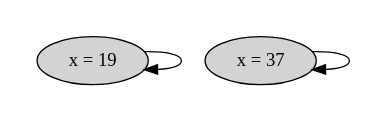
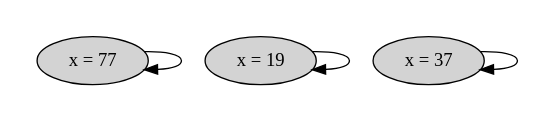
Before and after one commit to will62794/tla-web: the diagram in specs/with_state_graphs/simple_recursive.tla.dot, drawn with Graphviz. The commit also changed 2 other files, not shown here.

```diff
--- a/specs/with_state_graphs/simple_recursive.tla.dot
+++ b/specs/with_state_graphs/simple_recursive.tla.dot
@@ -1,11 +1,13 @@
 strict digraph DiskGraph {
 nodesep=0.35;
 subgraph cluster_graph {
 color="white";
 4293350788200532031 [label="x = 37",style = filled]
 6682211621639950074 [label="x = 19",style = filled]
+1734297726554602644 [label="x = 77",style = filled]
 4293350788200532031 -> 4293350788200532031 [label="",color="black",fontcolor="black"];
 6682211621639950074 -> 6682211621639950074 [label="",color="black",fontcolor="black"];
-{rank = same; 4293350788200532031;6682211621639950074;}
+1734297726554602644 -> 1734297726554602644 [label="",color="black",fontcolor="black"];
+{rank = same; 4293350788200532031;6682211621639950074;1734297726554602644;}
 }
 }
```
